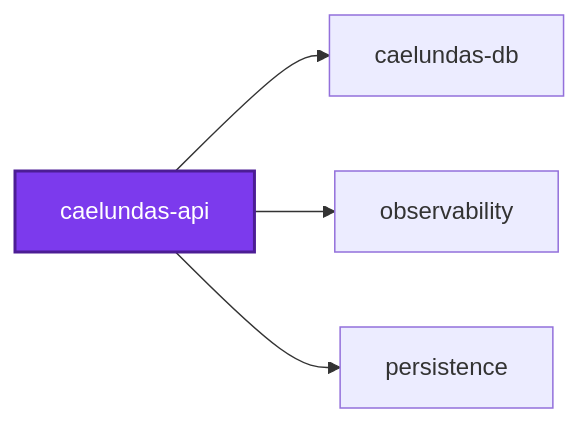
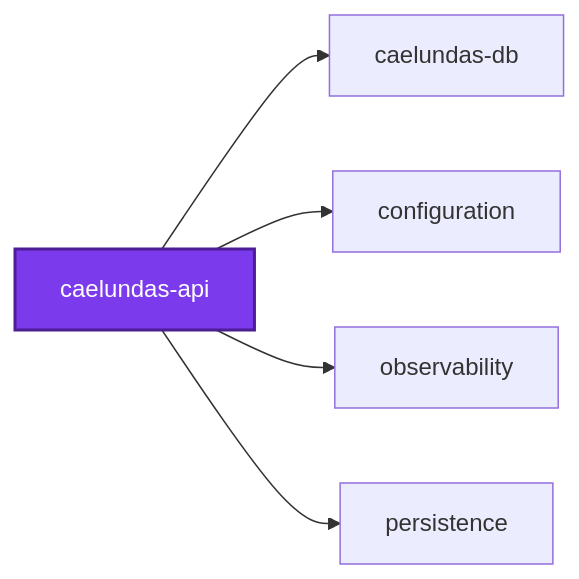
The first of 3 diagrams in projects/caelundas/caelundas-api/README.md (organizzolini/codebase), drawn with Mermaid before and after one commit. The commit also changed 207 other files, not shown here.

````diff
--- a/projects/caelundas/caelundas-api/README.md
+++ b/projects/caelundas/caelundas-api/README.md
@@ -453,12 +453,14 @@
 ```mermaid
 graph LR
   caelundas_api["caelundas-api"]
   caelundas_db["caelundas-db"]
+  configuration["configuration"]
   observability["observability"]
   persistence["persistence"]
   caelundas_api --> caelundas_db
+  caelundas_api --> configuration
   caelundas_api --> observability
   caelundas_api --> persistence
   classDef subject fill:#7c3aed,color:#fff,stroke:#4c1d95,stroke-width:2px
   class caelundas_api subject
 ```
````
